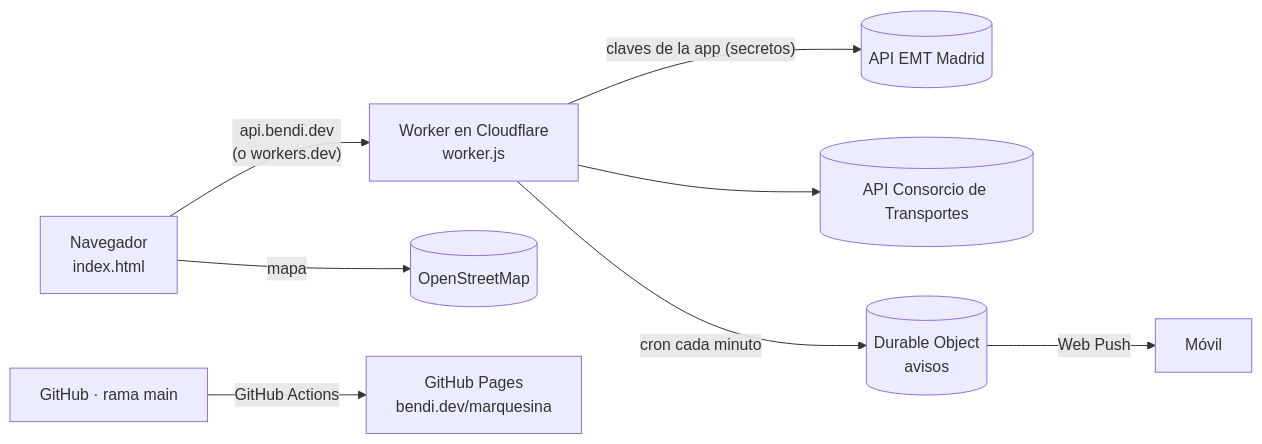
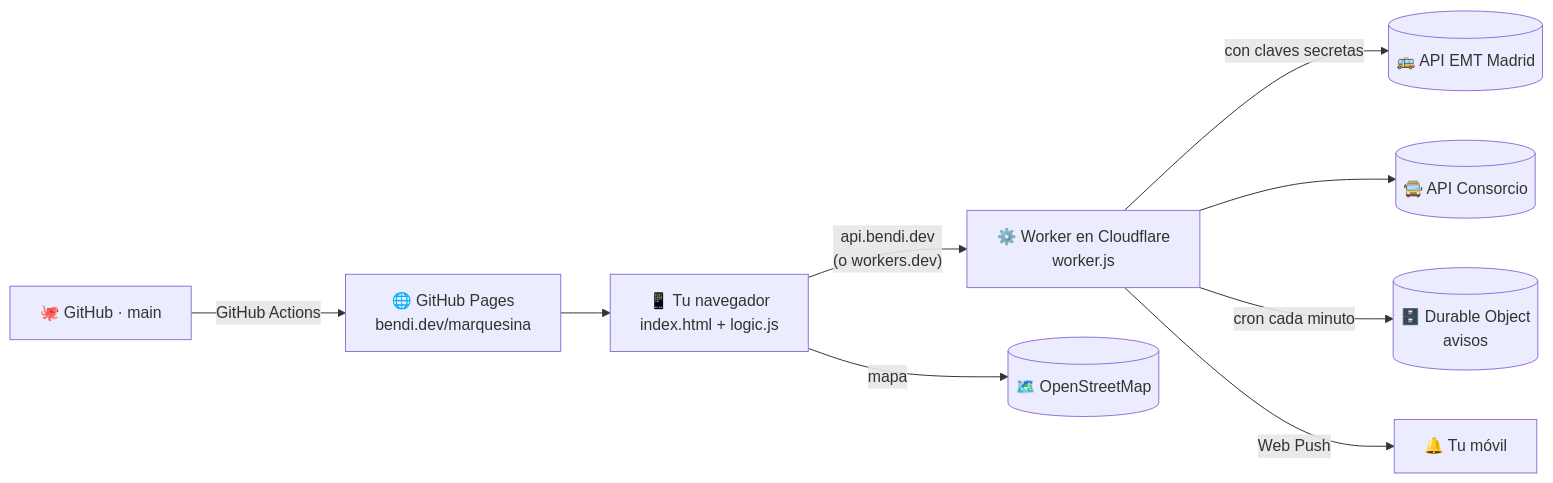
One commit to serbenda/marquesina changed the second of 3 diagrams in README.md. Above: the diagram before and after it, drawn with Mermaid. The commit also changed other lines of this file and 23 other files, not shown here.

First line of the commit message:
Documentación completa: referencia con diagramas, código comentado y buenas prácticas

````diff
--- a/README.md
+++ b/README.md
@@ -66,10 +115,11 @@
 ```mermaid
 flowchart LR
-  U[Navegador<br/>index.html] -- "api.bendi.dev<br/>(o workers.dev)" --> W[Worker en Cloudflare<br/>worker.js]
-  W -- "claves de la app (secretos)" --> EMT[(API EMT Madrid)]
-  W --> CRTM[(API Consorcio de Transportes)]
-  W -- "cron cada minuto" --> DO[(Durable Object<br/>avisos)]
-  DO -- "Web Push" --> M[Móvil]
-  U -- "mapa" --> OSM[(OpenStreetMap)]
-  GH[GitHub · rama main] -- "GitHub Actions" --> P[GitHub Pages<br/>bendi.dev/marquesina]
+  U["📱 Tu navegador<br/>index.html + logic.js"] -- "api.bendi.dev<br/>(o workers.dev)" --> W["⚙️ Worker en Cloudflare<br/>worker.js"]
+  W -- "con claves secretas" --> EMT[("🚌 API EMT Madrid")]
+  W --> CRTM[("🚍 API Consorcio")]
+  W -- "cron cada minuto" --> DO[("🗄️ Durable Object<br/>avisos")]
+  W -- "Web Push" --> M["🔔 Tu móvil"]
+  U -- "mapa" --> OSM[("🗺️ OpenStreetMap")]
+  GH["🐙 GitHub · main"] -- "GitHub Actions" --> P["🌐 GitHub Pages<br/>bendi.dev/marquesina"]
+  P --> U
 ```
````
